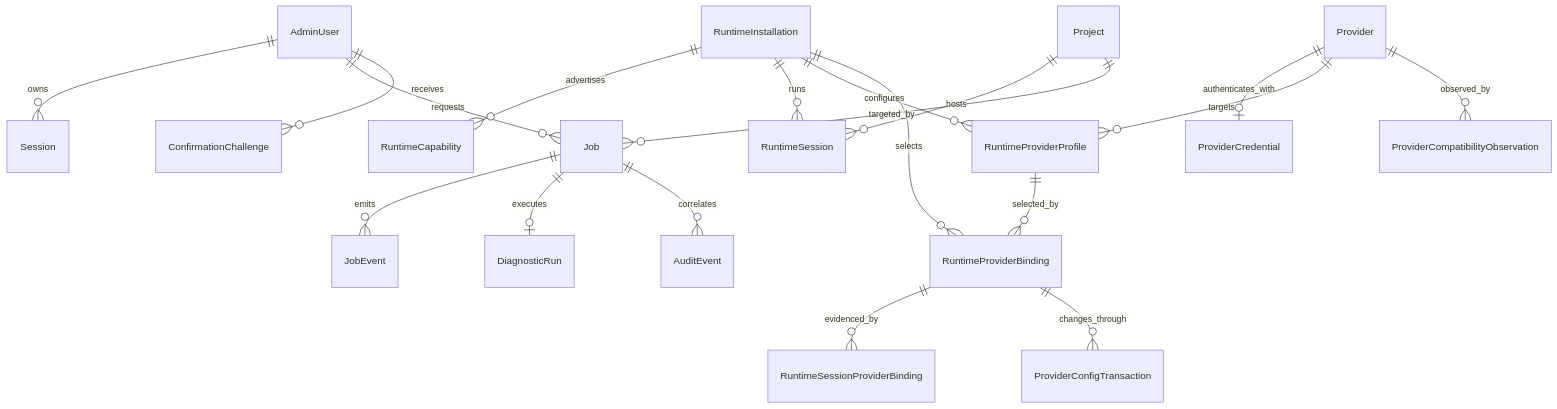
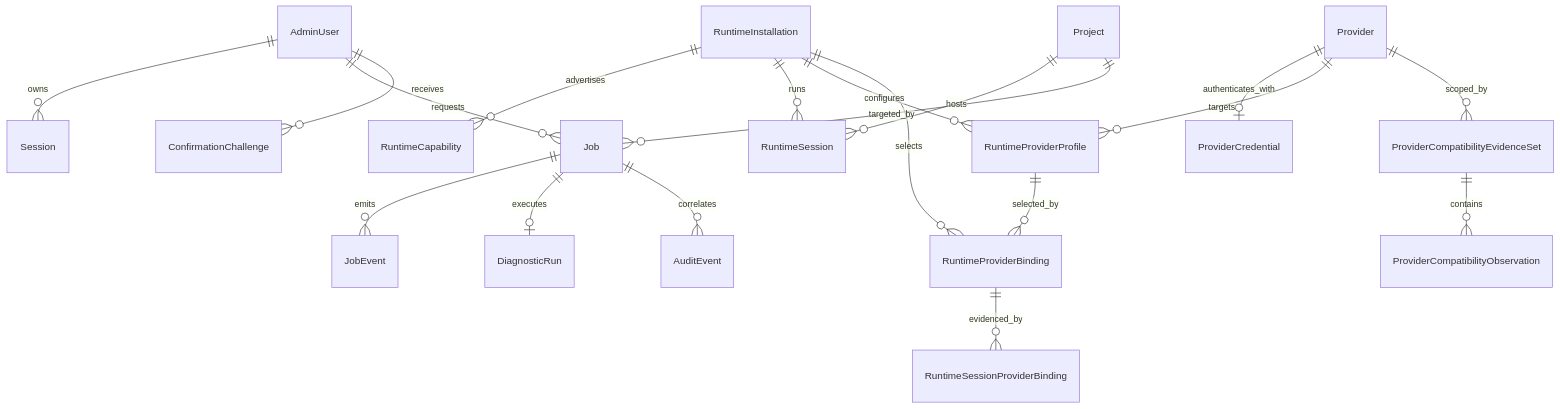
One commit to ForceMind/agentbox changed the diagram in docs/DATA_MODEL.md. Above: the diagram before and after it, drawn with Mermaid. The commit also changed other lines of this file and 6 other files, not shown here.

````diff
--- a/docs/DATA_MODEL.md
+++ b/docs/DATA_MODEL.md
@@ -377,21 +400,21 @@
 ```mermaid
 erDiagram
     AdminUser ||--o{ Session : owns
     AdminUser ||--o{ Job : requests
     AdminUser ||--o{ ConfirmationChallenge : receives
     Project ||--o{ RuntimeSession : hosts
     RuntimeInstallation ||--o{ RuntimeCapability : advertises
     RuntimeInstallation ||--o{ RuntimeSession : runs
     RuntimeInstallation ||--o{ RuntimeProviderProfile : configures
     RuntimeInstallation ||--o{ RuntimeProviderBinding : selects
     Provider ||--o| ProviderCredential : authenticates_with
     Provider ||--o{ RuntimeProviderProfile : targets
     RuntimeProviderProfile ||--o{ RuntimeProviderBinding : selected_by
     RuntimeProviderBinding ||--o{ RuntimeSessionProviderBinding : evidenced_by
-    Provider ||--o{ ProviderCompatibilityObservation : observed_by
-    RuntimeProviderBinding ||--o{ ProviderConfigTransaction : changes_through
+    Provider ||--o{ ProviderCompatibilityEvidenceSet : scoped_by
+    ProviderCompatibilityEvidenceSet ||--o{ ProviderCompatibilityObservation : contains
     Job ||--o{ JobEvent : emits
     Job ||--o| DiagnosticRun : executes
     Job ||--o{ AuditEvent : correlates
     Project ||--o{ Job : targeted_by
 ```
````
